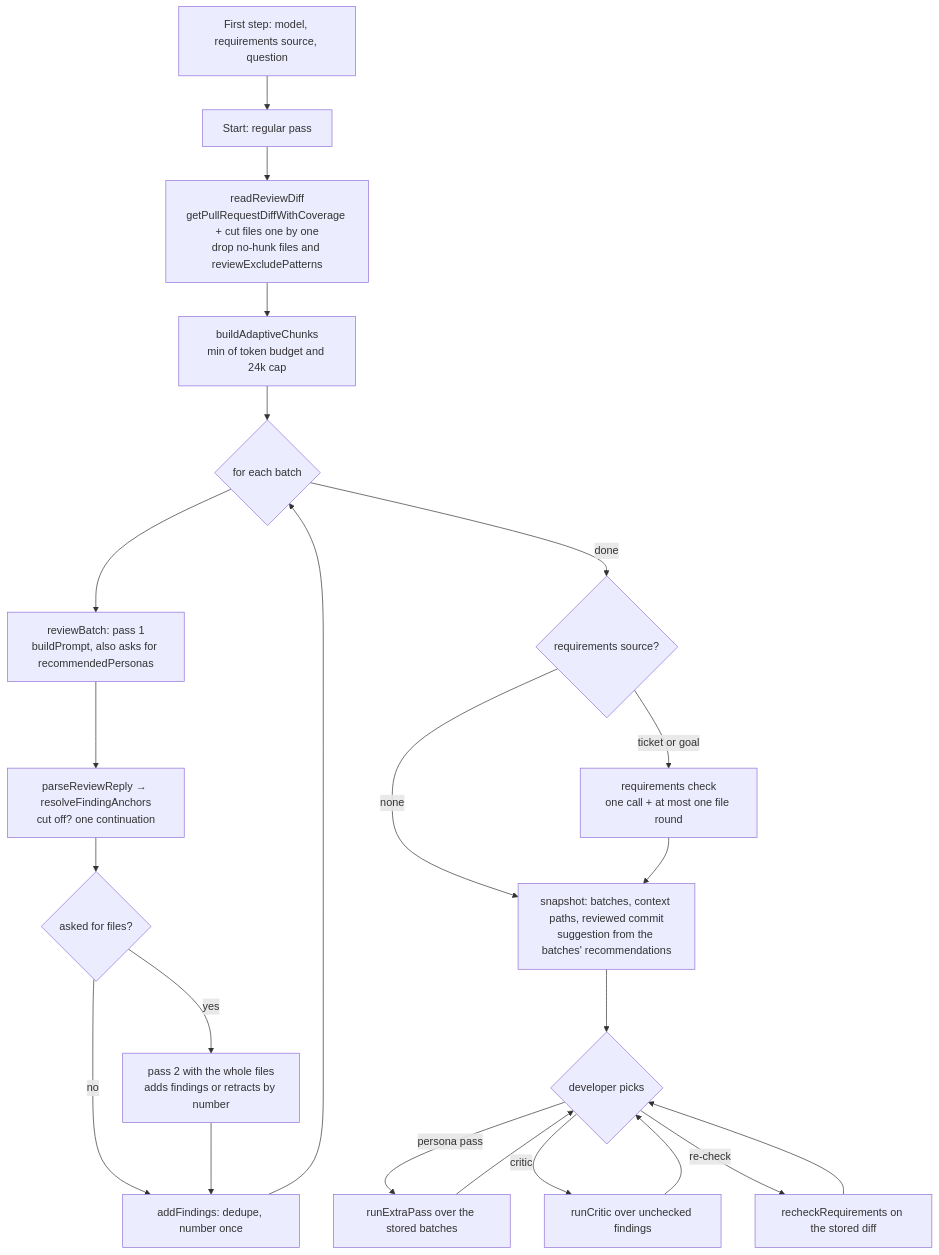
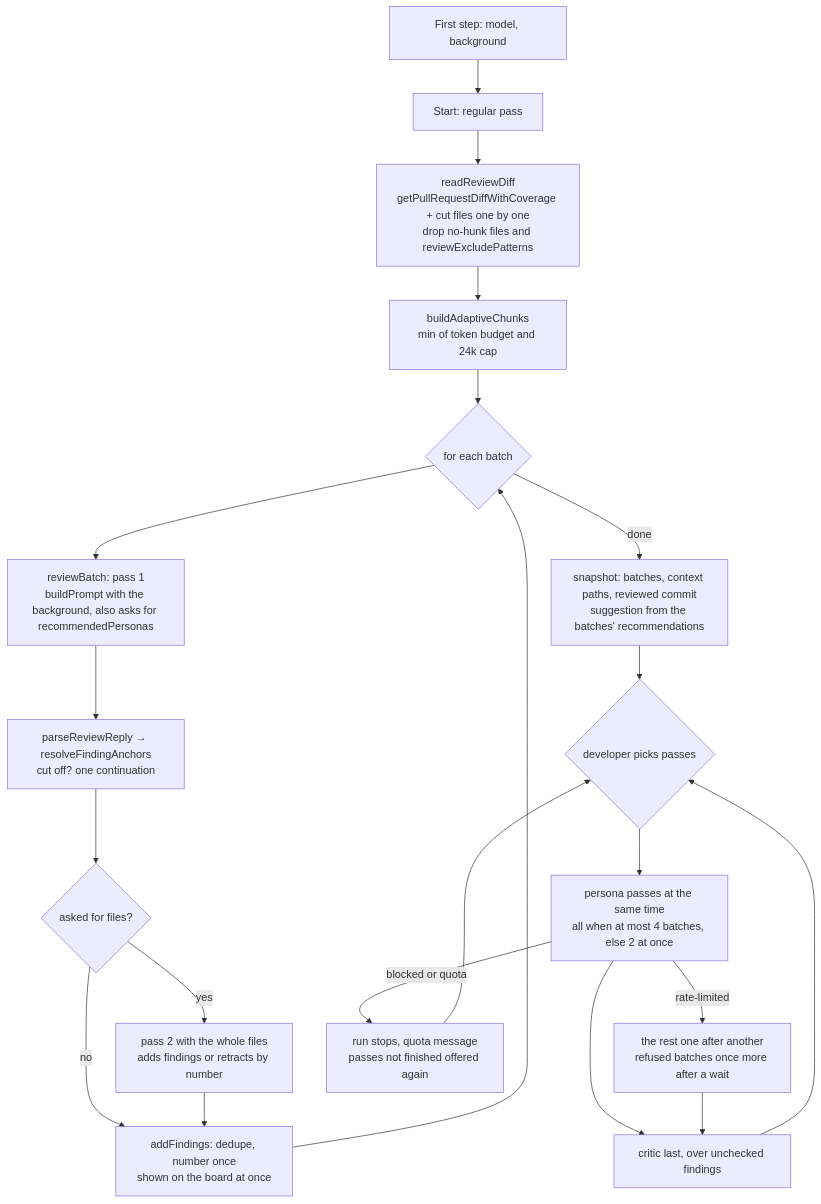
The first of 2 diagrams in docs/review-process.md (rbreunung/ticket-sidekick), drawn with Mermaid before and after one commit. The commit also changed other lines of this file and 16 other files, not shown here.

First line of the commit message:
docs: describe the redesigned review board everywhere

````diff
--- a/docs/review-process.md
+++ b/docs/review-process.md
@@ -31,25 +59,23 @@
 ```mermaid
 flowchart TD
-    A[First step: model, requirements source, question] --> B[Start: regular pass]
+    A[First step: model, background] --> B[Start: regular pass]
     B --> C[readReviewDiff<br/>getPullRequestDiffWithCoverage + cut files one by one<br/>drop no-hunk files and reviewExcludePatterns]
     C --> D[buildAdaptiveChunks<br/>min of token budget and 24k cap]
     D --> E{for each batch}
-    E --> F[reviewBatch: pass 1<br/>buildPrompt, also asks for recommendedPersonas]
+    E --> F[reviewBatch: pass 1<br/>buildPrompt with the background, also asks for recommendedPersonas]
     F --> G[parseReviewReply → resolveFindingAnchors<br/>cut off? one continuation]
     G --> H{asked for files?}
     H -- yes --> I[pass 2 with the whole files<br/>adds findings or retracts by number]
     H -- no --> J
-    I --> J[addFindings: dedupe, number once]
+    I --> J[addFindings: dedupe, number once<br/>shown on the board at once]
     J --> E
-    E -- done --> K{requirements source?}
-    K -- ticket or goal --> L[requirements check<br/>one call + at most one file round]
-    K -- none --> M
-    L --> M[snapshot: batches, context paths, reviewed commit<br/>suggestion from the batches' recommendations]
-    M --> N{developer picks}
-    N -- persona pass --> O[runExtraPass over the stored batches]
-    N -- critic --> P[runCritic over unchecked findings]
-    N -- re-check --> Q[recheckRequirements on the stored diff]
-    O --> N
+    E -- done --> M[snapshot: batches, context paths, reviewed commit<br/>suggestion from the batches' recommendations]
+    M --> N{developer picks passes}
+    N --> O[persona passes at the same time<br/>all when at most 4 batches, else 2 at once]
+    O -- rate-limited --> R[the rest one after another<br/>refused batches once more after a wait]
+    O -- blocked or quota --> S[run stops, quota message<br/>passes not finished offered again]
+    O --> P[critic last, over unchecked findings]
+    R --> P
     P --> N
-    Q --> N
+    S --> N
 ```
````
